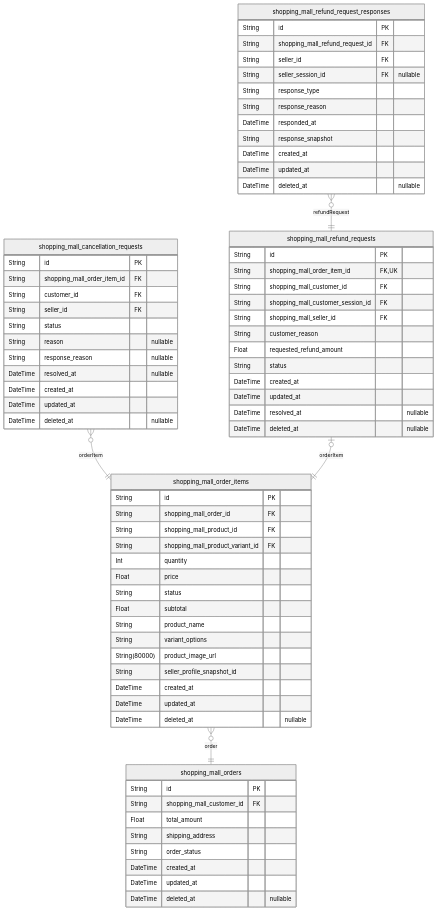
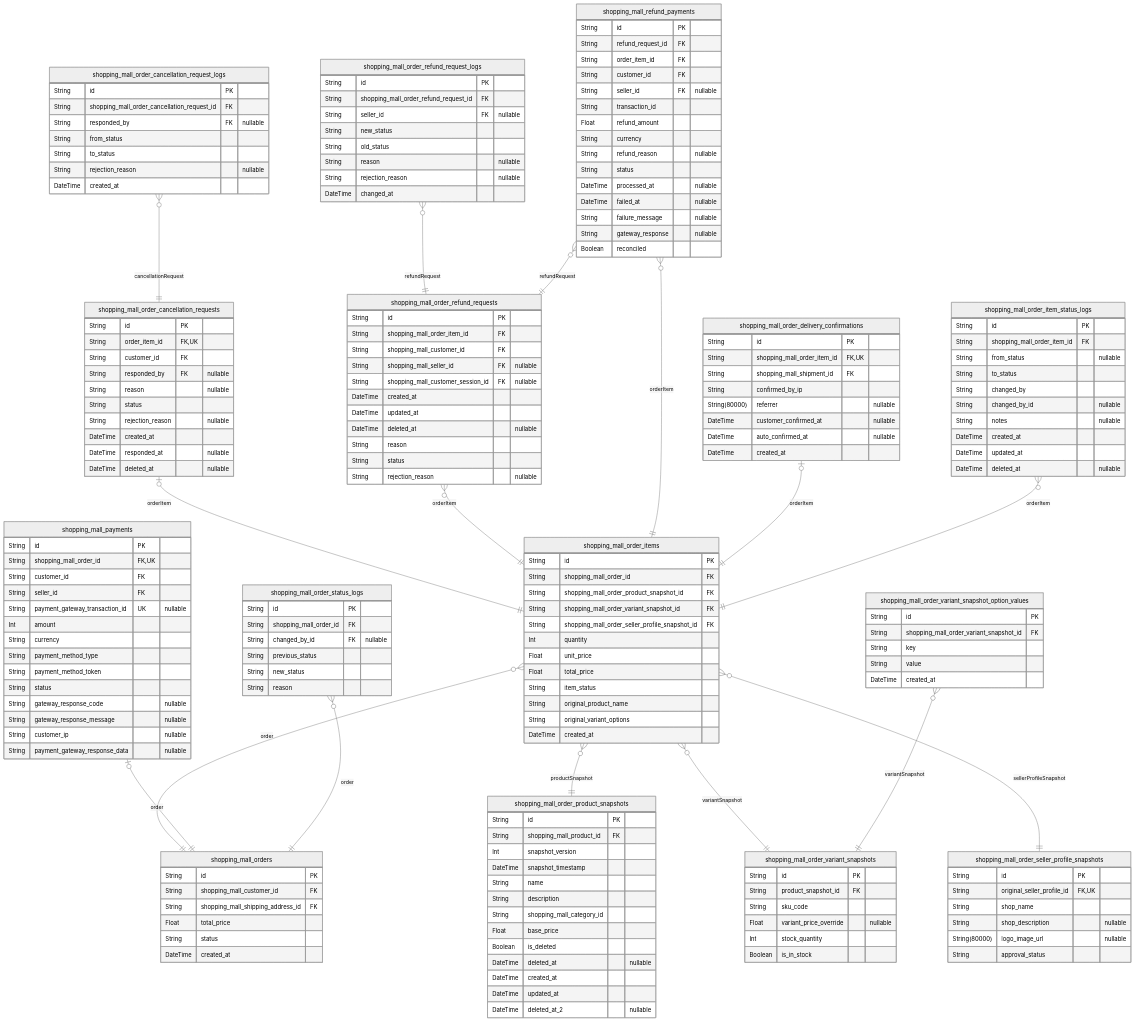
One commit to wrtnlabs/autobe-examples changed the seventh of 9 diagrams in qwen/qwen3-coder-next/shopping/docs/ERD.md. Above: the diagram before and after it, drawn with Mermaid (neutral theme). The commit also changed other lines of this file and 25939 other files, not shown here.

````diff
--- a/qwen/qwen3-coder-next/shopping/docs/ERD.md
+++ b/qwen/qwen3-coder-next/shopping/docs/ERD.md
@@ -1270,72 +1748,183 @@
 "shopping_mall_orders" {
   String id PK
   String shopping_mall_customer_id FK
-  Float total_amount
-  String shipping_address
-  String order_status
+  String shopping_mall_shipping_address_id FK
+  Float total_price
+  String status
+  DateTime created_at
+}
+"shopping_mall_order_items" {
+  String id PK
+  String shopping_mall_order_id FK
+  String shopping_mall_order_product_snapshot_id FK
+  String shopping_mall_order_variant_snapshot_id FK
+  String shopping_mall_order_seller_profile_snapshot_id FK
+  Int quantity
+  Float unit_price
+  Float total_price
+  String item_status
+  String original_product_name
+  String original_variant_options
+  DateTime created_at
+}
+"shopping_mall_order_product_snapshots" {
+  String id PK
+  String shopping_mall_product_id FK
+  Int snapshot_version
+  DateTime snapshot_timestamp
+  String name
+  String description
+  String shopping_mall_category_id
+  Float base_price
+  Boolean is_deleted
+  DateTime deleted_at "nullable"
+  DateTime created_at
+  DateTime updated_at
+  DateTime deleted_at_2 "nullable"
+}
+"shopping_mall_order_variant_snapshots" {
+  String id PK
+  String product_snapshot_id FK
+  String sku_code
+  Float variant_price_override "nullable"
+  Int stock_quantity
+  Boolean is_in_stock
+}
+"shopping_mall_order_seller_profile_snapshots" {
+  String id PK
+  String original_seller_profile_id FK,UK
+  String shop_name
+  String shop_description "nullable"
+  String(80000) logo_image_url "nullable"
+  String approval_status
+}
+"shopping_mall_order_cancellation_requests" {
+  String id PK
+  String order_item_id FK,UK
+  String customer_id FK
+  String responded_by FK "nullable"
+  String reason "nullable"
+  String status
+  String rejection_reason "nullable"
+  DateTime created_at
+  DateTime responded_at "nullable"
+  DateTime deleted_at "nullable"
+}
+"shopping_mall_order_cancellation_request_logs" {
+  String id PK
+  String shopping_mall_order_cancellation_request_id FK
+  String responded_by FK "nullable"
+  String from_status
+  String to_status
+  String rejection_reason "nullable"
+  DateTime created_at
+}
+"shopping_mall_order_refund_requests" {
+  String id PK
+  String shopping_mall_order_item_id FK
+  String shopping_mall_customer_id FK
+  String shopping_mall_seller_id FK "nullable"
+  String shopping_mall_customer_session_id FK "nullable"
+  DateTime created_at
+  DateTime updated_at
+  DateTime deleted_at "nullable"
+  String reason
+  String status
+  String rejection_reason "nullable"
+}
+"shopping_mall_order_refund_request_logs" {
+  String id PK
+  String shopping_mall_order_refund_request_id FK
+  String seller_id FK "nullable"
+  String new_status
+  String old_status
+  String reason "nullable"
+  String rejection_reason "nullable"
+  DateTime changed_at
+}
+"shopping_mall_payments" {
+  String id PK
+  String shopping_mall_order_id FK,UK
+  String customer_id FK
+  String seller_id FK
+  String payment_gateway_transaction_id UK "nullable"
+  Int amount
+  String currency
+  String payment_method_type
+  String payment_method_token
+  String status
+  String gateway_response_code "nullable"
+  String gateway_response_message "nullable"
+  String customer_ip "nullable"
+  String payment_gateway_response_data "nullable"
+}
+"shopping_mall_refund_payments" {
+  String id PK
+  String refund_request_id FK
+  String order_item_id FK
+  String customer_id FK
+  String seller_id FK "nullable"
+  String transaction_id
+  Float refund_amount
+  String currency
+  String refund_reason "nullable"
+  String status
+  DateTime processed_at "nullable"
+  DateTime failed_at "nullable"
+  String failure_message "nullable"
+  String gateway_response "nullable"
+  Boolean reconciled
+}
+"shopping_mall_order_delivery_confirmations" {
+  String id PK
+  String shopping_mall_order_item_id FK,UK
+  String shopping_mall_shipment_id FK
+  String confirmed_by_ip
+  String(80000) referrer "nullable"
+  DateTime customer_confirmed_at "nullable"
+  DateTime auto_confirmed_at "nullable"
+  DateTime created_at
+}
+"shopping_mall_order_status_logs" {
+  String id PK
+  String shopping_mall_order_id FK
+  String changed_by_id FK "nullable"
+  String previous_status
+  String new_status
+  String reason
+}
+"shopping_mall_order_item_status_logs" {
+  String id PK
+  String shopping_mall_order_item_id FK
+  String from_status "nullable"
+  String to_status
+  String changed_by
+  String changed_by_id "nullable"
+  String notes "nullable"
   DateTime created_at
   DateTime updated_at
   DateTime deleted_at "nullable"
 }
-"shopping_mall_order_items" {
+"shopping_mall_order_variant_snapshot_option_values" {
   String id PK
-  String shopping_mall_order_id FK
-  String shopping_mall_product_id FK
-  String shopping_mall_product_variant_id FK
-  Int quantity
-  Float price
-  String status
-  Float subtotal
-  String product_name
-  String variant_options
-  String(80000) product_image_url
-  String seller_profile_snapshot_id
+  String shopping_mall_order_variant_snapshot_id FK
+  String key
+  String value
   DateTime created_at
-  DateTime updated_at
-  DateTime deleted_at "nullable"
-}
-"shopping_mall_cancellation_requests" {
-  String id PK
-  String shopping_mall_order_item_id FK
-  String customer_id FK
-  String seller_id FK
-  String status
-  String reason "nullable"
-  String response_reason "nullable"
-  DateTime resolved_at "nullable"
-  DateTime created_at
-  DateTime updated_at
-  DateTime deleted_at "nullable"
-}
-"shopping_mall_refund_requests" {
-  String id PK
-  String shopping_mall_order_item_id FK,UK
-  String shopping_mall_customer_id FK
-  String shopping_mall_customer_session_id FK
-  String shopping_mall_seller_id FK
-  String customer_reason
-  Float requested_refund_amount
-  String status
-  DateTime created_at
-  DateTime updated_at
-  DateTime resolved_at "nullable"
-  DateTime deleted_at "nullable"
-}
-"shopping_mall_refund_request_responses" {
-  String id PK
-  String shopping_mall_refund_request_id FK
-  String seller_id FK
-  String seller_session_id FK "nullable"
-  String response_type
-  String response_reason
-  DateTime responded_at
-  String response_snapshot
-  DateTime created_at
-  DateTime updated_at
-  DateTime deleted_at "nullable"
 }
 "shopping_mall_order_items" }o--|| "shopping_mall_orders" : order
-"shopping_mall_cancellation_requests" }o--|| "shopping_mall_order_items" : orderItem
-"shopping_mall_refund_requests" |o--|| "shopping_mall_order_items" : orderItem
-"shopping_mall_refund_request_responses" }o--|| "shopping_mall_refund_requests" : refundRequest
+"shopping_mall_order_items" }o--|| "shopping_mall_order_product_snapshots" : productSnapshot
+"shopping_mall_order_items" }o--|| "shopping_mall_order_variant_snapshots" : variantSnapshot
+"shopping_mall_order_items" }o--|| "shopping_mall_order_seller_profile_snapshots" : sellerProfileSnapshot
+"shopping_mall_order_cancellation_requests" |o--|| "shopping_mall_order_items" : orderItem
+"shopping_mall_order_cancellation_request_logs" }o--|| "shopping_mall_order_cancellation_requests" : cancellationRequest
+"shopping_mall_order_refund_requests" }o--|| "shopping_mall_order_items" : orderItem
+"shopping_mall_order_refund_request_logs" }o--|| "shopping_mall_order_refund_requests" : refundRequest
+"shopping_mall_payments" |o--|| "shopping_mall_orders" : order
+"shopping_mall_refund_payments" }o--|| "shopping_mall_order_refund_requests" : refundRequest
+"shopping_mall_refund_payments" }o--|| "shopping_mall_order_items" : orderItem
+"shopping_mall_order_delivery_confirmations" |o--|| "shopping_mall_order_items" : orderItem
+"shopping_mall_order_status_logs" }o--|| "shopping_mall_orders" : order
+"shopping_mall_order_item_status_logs" }o--|| "shopping_mall_order_items" : orderItem
+"shopping_mall_order_variant_snapshot_option_values" }o--|| "shopping_mall_order_variant_snapshots" : variantSnapshot
 ```
````
